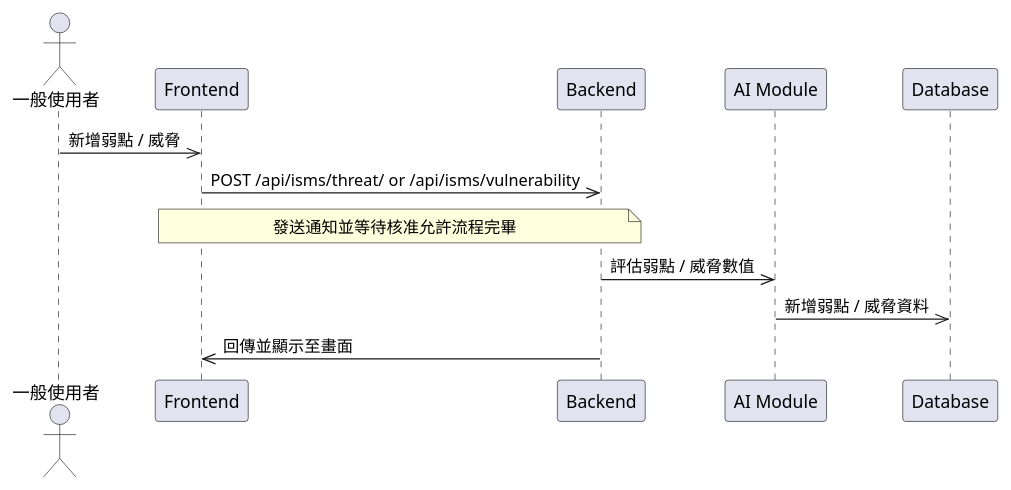
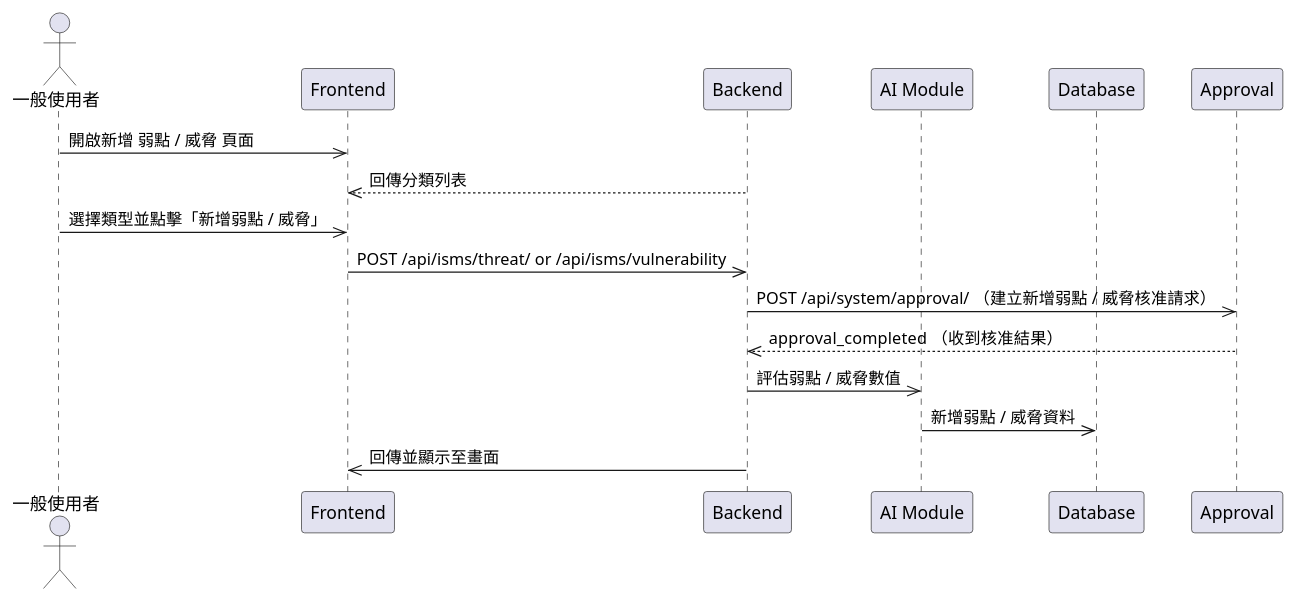
One commit to walle45611/NTUB_SecuManag_Diagram changed the diagram in mermaid/sequence/threat_vuln_create.puml. Above: the diagram before and after it, drawn with PlantUML. The commit also changed 6 other files, not shown here.

First line of the commit message:
feat: 更新循序圖 (#2)

```diff
--- a/mermaid/sequence/threat_vuln_create.puml
+++ b/mermaid/sequence/threat_vuln_create.puml
@@ -1,14 +1,17 @@
 @startuml
 actor User as "一般使用者"
 participant Frontend
 participant Backend
 participant AI_Module as "AI Module"
 participant Database
 
-User ->> Frontend: 新增弱點 / 威脅
-Frontend ->> Backend: POST /api/isms/threat/ or /api/isms/vulnerability
-note over Backend, Frontend: 發送通知並等待核准允許流程完畢
-Backend ->> AI_Module: 評估弱點 / 威脅數值
-AI_Module ->> Database: 新增弱點 / 威脅資料
-Backend ->> Frontend: 回傳並顯示至畫面
+User->>Frontend: 開啟新增 弱點 / 威脅 頁面
+Backend-->>Frontend: 回傳分類列表
+User->>Frontend: 選擇類型並點擊「新增弱點 / 威脅」
+Frontend->>Backend: POST /api/isms/threat/ or /api/isms/vulnerability
+Backend->>Approval: POST /api/system/approval/ （建立新增弱點 / 威脅核准請求）
+Approval-->>Backend: approval_completed  （收到核准結果）
+Backend->> AI_Module: 評估弱點 / 威脅數值
+AI_Module->>Database: 新增弱點 / 威脅資料
+Backend->>Frontend: 回傳並顯示至畫面
 @enduml
```
